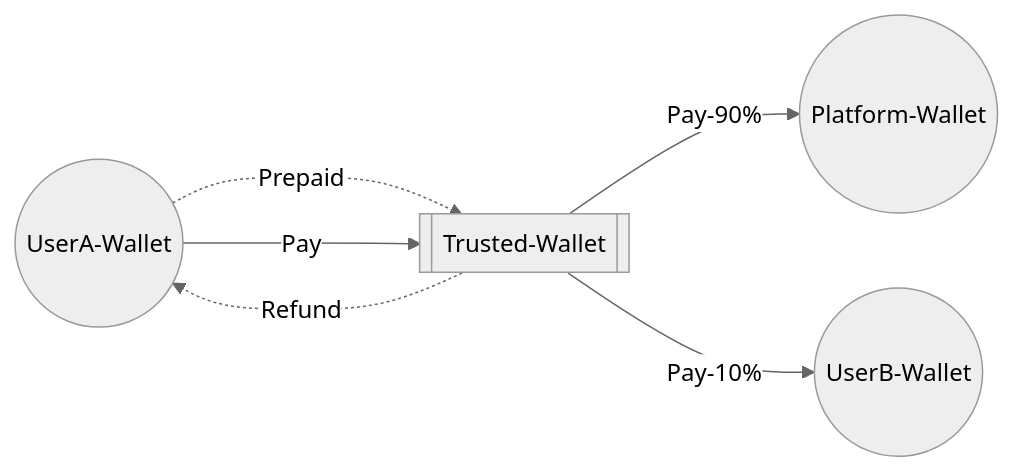
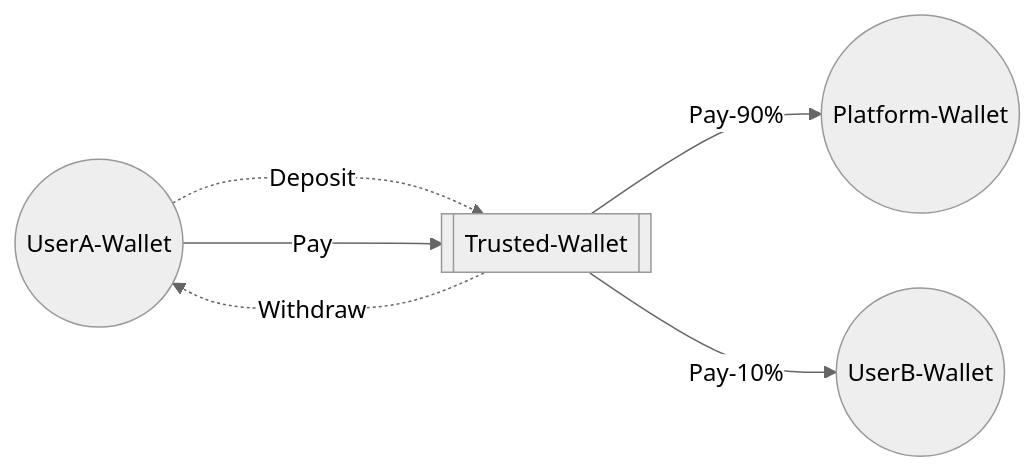
The diagram in README.md (WALL-E/web3pay), drawn with Mermaid (neutral theme) before and after one commit.

````diff
--- a/README.md
+++ b/README.md
@@ -5,8 +5,8 @@
 ```mermaid
 graph LR;
-    A((UserA-Wallet))-.->|Prepaid|T[[Trusted-Wallet]];
+    A((UserA-Wallet))-.->|Deposit|T[[Trusted-Wallet]];
     A((UserA-Wallet))--->|Pay|T[[Trusted-Wallet]];
-    T[[Trusted-Wallet]]-.->|Refund|A((UserA-Wallet));
+    T[[Trusted-Wallet]]-.->|Withdraw|A((UserA-Wallet));
     T[[Trusted-Wallet]]-->|Pay-90%|P((Platform-Wallet));
     T[[Trusted-Wallet]]-->|Pay-10%|B((UserB-Wallet));
 ```
````
